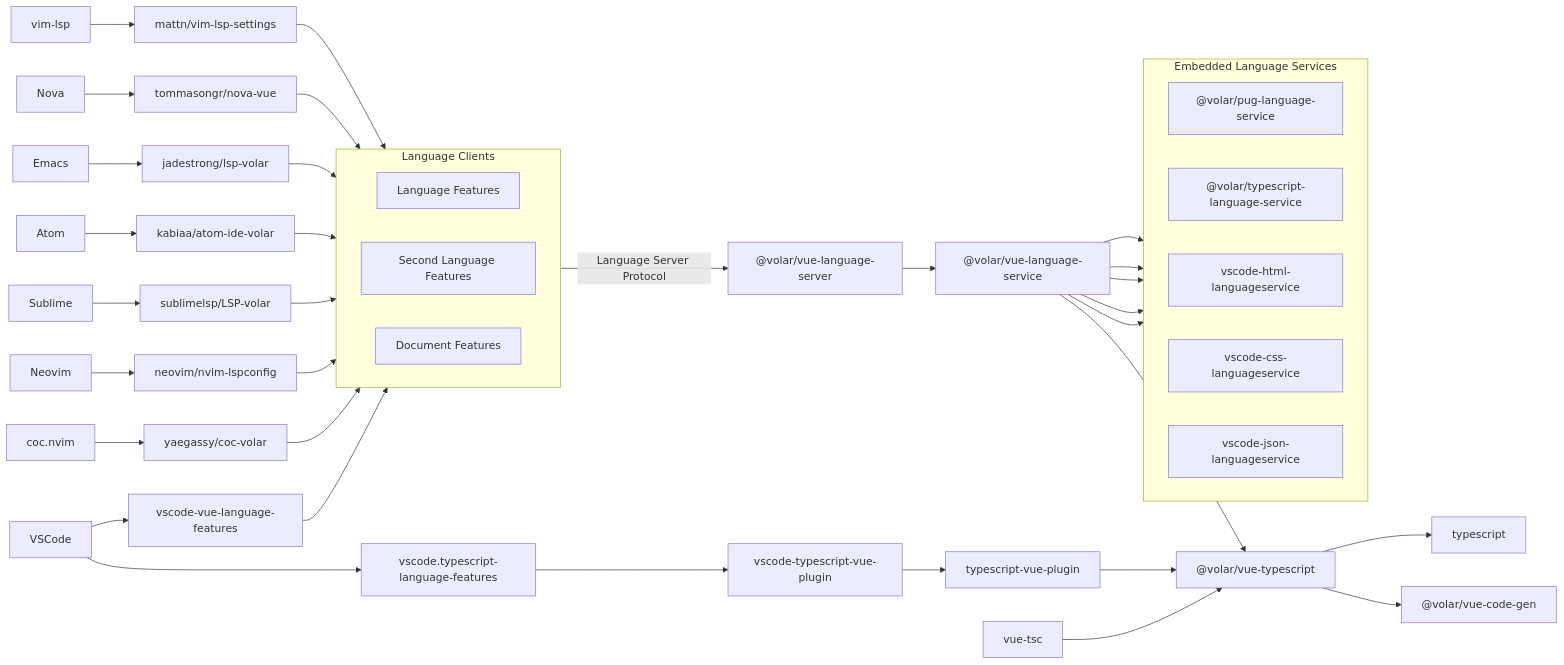
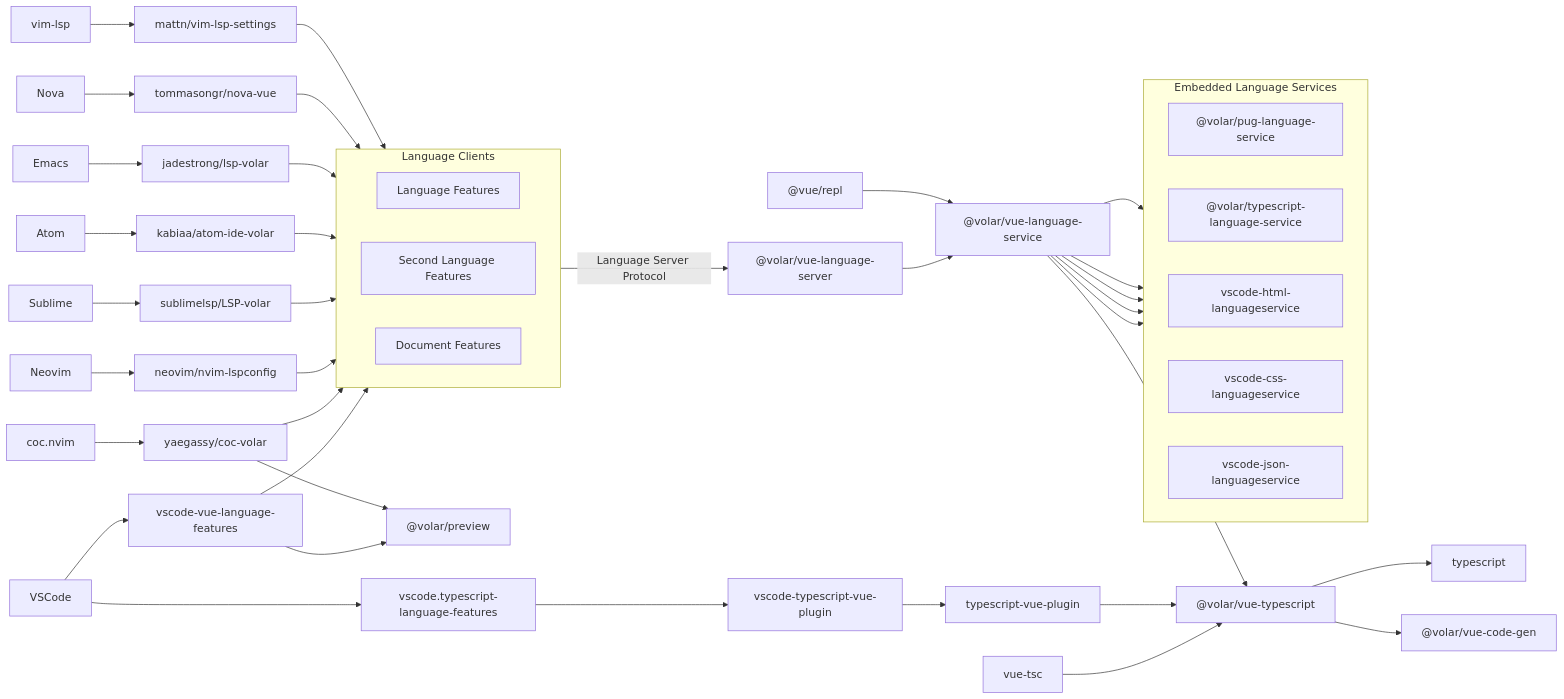
One commit to vuejs/language-tools changed the diagram in README.md. Above: the diagram before and after it, drawn with Mermaid.

Commit message:
chore: update diagram

````diff
--- a/README.md
+++ b/README.md
@@ -80,23 +80,25 @@
     click VSC_TSVP "https://github.com/johnsoncodehk/volar/tree/master/extensions/vscode-typescript-vue-plugin"
 
     %% Volar - Packages
-    VUE_SERVER["@volar/vue-language-server"]
-    VTS["@volar/vue-typescript"]
-    VUE_CG["@volar/vue-code-gen"]
-    VUE_SERVICE["@volar/vue-language-service"]
-    PUG_SERVICE["@volar/pug-language-service"]
-    TS_SERVICE["@volar/typescript-language-service"]
-    VTSC[vue-tsc]
-    TSVP[typescript-vue-plugin]
+    VOLAR_VUE_SERVER["@volar/vue-language-server"]
+    VOLAR_VUE_TS["@volar/vue-typescript"]
+    VOLAR_VUE_CG["@volar/vue-code-gen"]
+    VOLAR_VUE_SERVICE["@volar/vue-language-service"]
+    VOLAR_PUG_SERVICE["@volar/pug-language-service"]
+    VOLAR_TS_SERVICE["@volar/typescript-language-service"]
+    VOLAR_PREVIEW["@volar/preview"]
+    VUE_TSC[vue-tsc]
+    TS_VUE_PLUGIN[typescript-vue-plugin]
 
-    click VUE_SERVER "https://github.com/johnsoncodehk/volar/tree/master/packages/vue-language-server"
-    click VTS "https://github.com/johnsoncodehk/volar/tree/master/packages/vue-typescript"
-    click VUE_CG "https://github.com/johnsoncodehk/volar/tree/master/packages/vue-code-gen"
-    click VUE_SERVICE "https://github.com/johnsoncodehk/volar/tree/master/packages/vue-language-service"
-    click PUG_SERVICE "https://github.com/johnsoncodehk/volar/tree/master/packages/pug-language-service"
-    click TS_SERVICE "https://github.com/johnsoncodehk/volar/tree/master/packages/typescript-language-service"
-    click VTSC "https://github.com/johnsoncodehk/volar/tree/master/packages/vue-tsc"
-    click TSVP "https://github.com/johnsoncodehk/volar/tree/master/packages/typescript-vue-plugin"
+    click VOLAR_VUE_SERVER "https://github.com/johnsoncodehk/volar/tree/master/packages/vue-language-server"
+    click VOLAR_VUE_TS "https://github.com/johnsoncodehk/volar/tree/master/packages/vue-typescript"
+    click VOLAR_VUE_CG "https://github.com/johnsoncodehk/volar/tree/master/packages/vue-code-gen"
+    click VOLAR_VUE_SERVICE "https://github.com/johnsoncodehk/volar/tree/master/packages/vue-language-service"
+    click VOLAR_PUG_SERVICE "https://github.com/johnsoncodehk/volar/tree/master/packages/pug-language-service"
+    click VOLAR_TS_SERVICE "https://github.com/johnsoncodehk/volar/tree/master/packages/typescript-language-service"
+    click VOLAR_PREVIEW "https://github.com/johnsoncodehk/volar/tree/master/packages/preview"
+    click VUE_TSC "https://github.com/johnsoncodehk/volar/tree/master/packages/vue-tsc"
+    click TS_VUE_PLUGIN "https://github.com/johnsoncodehk/volar/tree/master/packages/typescript-vue-plugin"
 
     %% Extrnal Packages
     HTML_SERVICE[vscode-html-languageservice]
@@ -104,12 +106,14 @@
     JSON_SERVICE[vscode-json-languageservice]
     TS[typescript]
     VSC_TS[vscode.typescript-language-features]
+	VUE_REPL["@vue/repl"]
 
     click HTML_SERVICE "https://github.com/microsoft/vscode-html-languageservice"
     click CSS_SERVICE "https://github.com/microsoft/vscode-css-languageservice"
     click JSON_SERVICE "https://github.com/microsoft/vscode-json-languageservice"
     click TS "https://github.com/microsoft/TypeScript"
     click VSC_TS "https://github.com/microsoft/vscode/tree/main/extensions/typescript-language-features"
+    click VUE_REPL "https://github.com/vuejs/repl"
 
     subgraph VUE_CLIENTS[Language Clients]
       direction LR
@@ -124,8 +128,8 @@
 
     subgraph Embedded Language Services
       direction LR
-      TS_SERVICE
-      PUG_SERVICE
+      VOLAR_TS_SERVICE
+      VOLAR_PUG_SERVICE
       HTML_SERVICE
       CSS_SERVICE
       JSON_SERVICE
@@ -149,22 +153,26 @@
     NOVA_VUE --> VUE_CLIENTS
     VIM_VUE --> VUE_CLIENTS
 
-    VUE_CLIENTS -- Language Server Protocol --> VUE_SERVER
+	VSC_VUE --> VOLAR_PREVIEW
+	COC_VUE --> VOLAR_PREVIEW
+
+    VUE_CLIENTS -- Language Server Protocol --> VOLAR_VUE_SERVER
 
     VSC --> VSC_TS
     VSC_TS --> VSC_TSVP
-    VSC_TSVP --> TSVP
-    VUE_SERVER --> VUE_SERVICE
-    VTSC --> VTS
-    TSVP --> VTS
+    VSC_TSVP --> TS_VUE_PLUGIN
+    VOLAR_VUE_SERVER --> VOLAR_VUE_SERVICE
+    VUE_REPL --> VOLAR_VUE_SERVICE
+    VUE_TSC --> VOLAR_VUE_TS
+    TS_VUE_PLUGIN --> VOLAR_VUE_TS
 
-    VUE_SERVICE --> VTS
-    VUE_SERVICE --> TS_SERVICE
-    VUE_SERVICE --> PUG_SERVICE
-    VUE_SERVICE --> HTML_SERVICE
-    VUE_SERVICE --> CSS_SERVICE
-    VUE_SERVICE --> JSON_SERVICE
+    VOLAR_VUE_SERVICE --> VOLAR_VUE_TS
+    VOLAR_VUE_SERVICE --> VOLAR_TS_SERVICE
+    VOLAR_VUE_SERVICE --> VOLAR_PUG_SERVICE
+    VOLAR_VUE_SERVICE --> HTML_SERVICE
+    VOLAR_VUE_SERVICE --> CSS_SERVICE
+    VOLAR_VUE_SERVICE --> JSON_SERVICE
 
-    VTS --> TS
-    VTS --> VUE_CG
+    VOLAR_VUE_TS --> TS
+    VOLAR_VUE_TS --> VOLAR_VUE_CG
 ```
````
